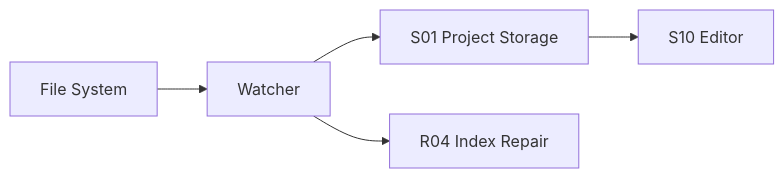
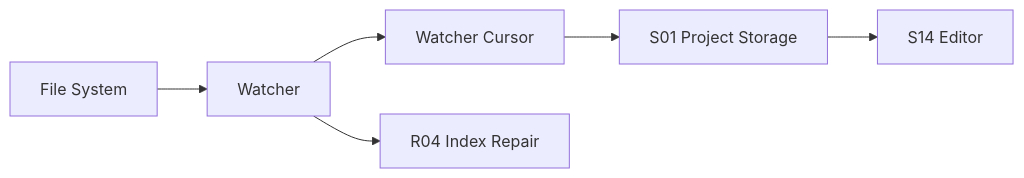
Before and after one commit to jinhuang712/open-novel: the diagram in spec/platform/I03-filesystem-and-watcher.md, drawn with Mermaid. The commit also changed other lines of this file and 65 other files, not shown here.

````diff
--- a/spec/platform/I03-filesystem-and-watcher.md
+++ b/spec/platform/I03-filesystem-and-watcher.md
@@ -16,7 +16,8 @@
 ```mermaid
 flowchart LR
   FS[File System] --> Watcher[Watcher]
-  Watcher --> Storage[S01 Project Storage]
+  Watcher --> Cursor[Watcher Cursor]
+  Cursor --> Storage[S01 Project Storage]
   Watcher --> Reindex[R04 Index Repair]
-  Storage --> Editor[S10 Editor]
+  Storage --> Editor[S14 Editor]
 ```
````
